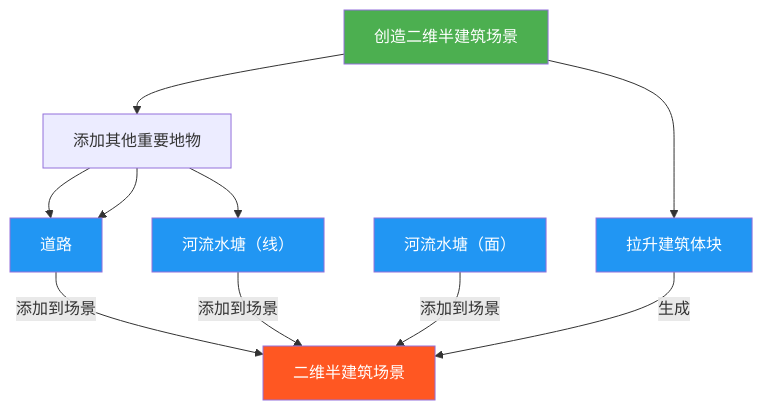
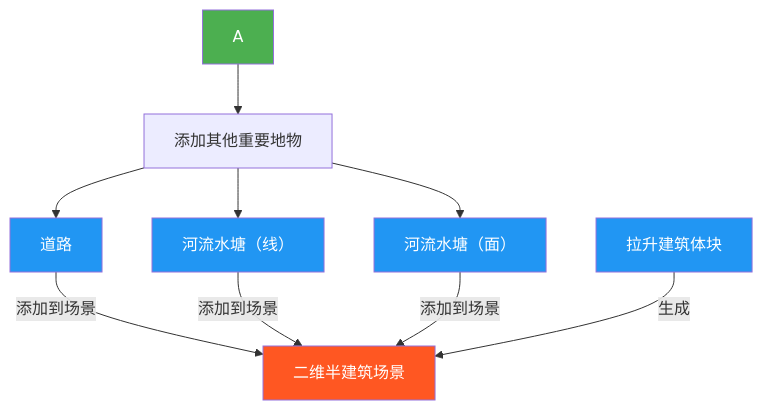
Before and after one commit to newguser/iodraw-files: the diagram in all/未命名.md, drawn with Mermaid.

Commit message:
2025-02-27 21:52:14 update

````diff
--- a/all/未命名.md
+++ b/all/未命名.md
@@ -1,19 +1,19 @@
 ```mermaid
 graph TD
-    A[创造二维半建筑场景] --> B[拉升建筑体块]
+   B[拉升建筑体块]
     A --> C[添加其他重要地物]
 C[添加其他重要地物]-->C1[道路]
 C[添加其他重要地物]-->C2[河流水塘（线）]
-C[添加其他重要地物]-->
+C[添加其他重要地物]-->C3[河流水塘（面）]
         C1[道路] -->|添加到场景| D[二维半建筑场景]
         C2[河流水塘（线）] -->|添加到场景| D
         C3[河流水塘（面）] -->|添加到场景| D
 
 
     B -->|生成| D[二维半建筑场景]
 
     style A fill:#4CAF50,color:white
     style D fill:#FF5722,color:white
     classDef process fill:#2196F3,color:white;
     class B,C1,C2,C3 process
 ```
````
